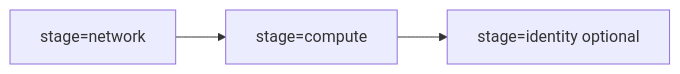
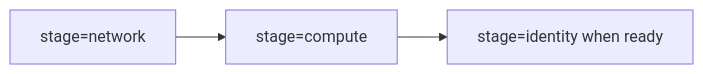
The diagram in docs/deployment.md (andriesdutoit-svg/azure-multiregion-lab), drawn with Mermaid before and after one commit. The commit also changed other lines of this file and 29 other files, not shown here.

````diff
--- a/docs/deployment.md
+++ b/docs/deployment.md
@@ -35,5 +35,5 @@
 ```mermaid
 flowchart LR
   N[stage=network] --> C[stage=compute]
-  C --> I[stage=identity optional]
+  C --> I[stage=identity when ready]
 ```
````
